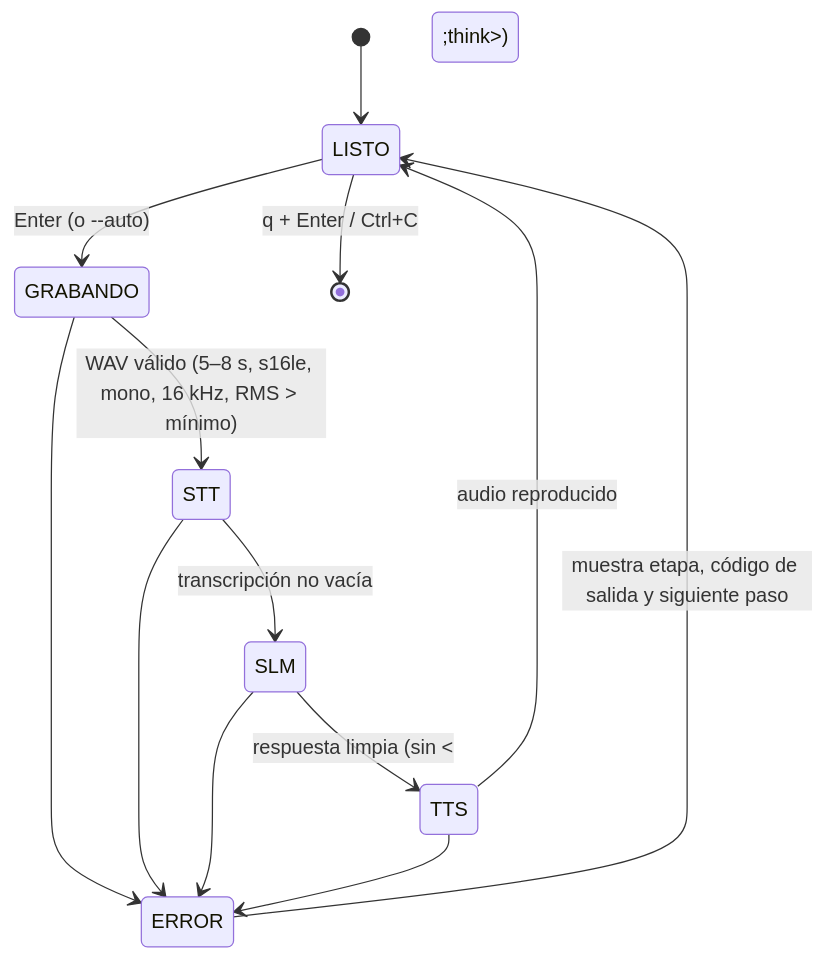
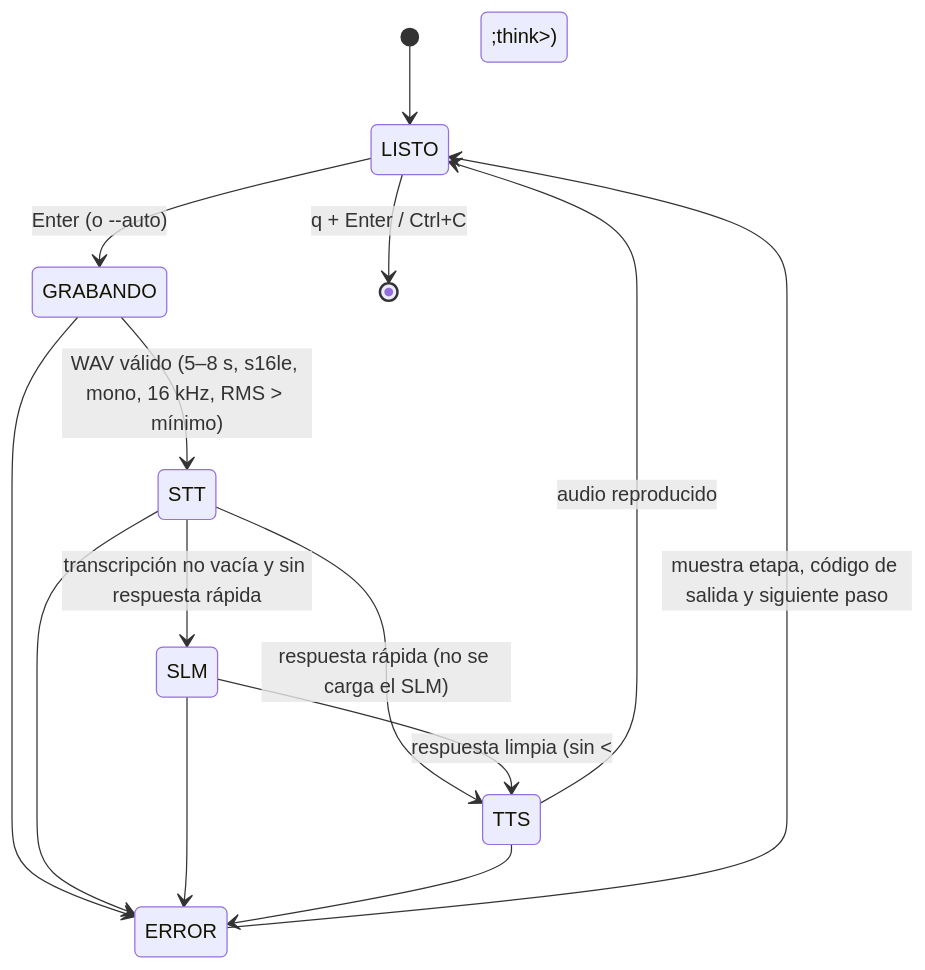
Before and after one commit to JaiderL/jarvis-son: the second of 2 diagrams in docs/ARQUITECTURA.md, drawn with Mermaid. The commit also changed other lines of this file and 3 other files, not shown here.

````diff
--- a/docs/ARQUITECTURA.md
+++ b/docs/ARQUITECTURA.md
@@ -27,15 +29,16 @@
 ```mermaid
 stateDiagram-v2
     [*] --> LISTO
     LISTO --> GRABANDO: Enter (o --auto)
     GRABANDO --> STT: WAV válido (5–8 s, s16le, mono, 16 kHz, RMS > mínimo)
-    STT --> SLM: transcripción no vacía
+    STT --> SLM: transcripción no vacía y sin respuesta rápida
+    STT --> TTS: respuesta rápida (no se carga el SLM)
     SLM --> TTS: respuesta limpia (sin &lt;think&gt;)
     TTS --> LISTO: audio reproducido
     GRABANDO --> ERROR
     STT --> ERROR
     SLM --> ERROR
     TTS --> ERROR
     ERROR --> LISTO: muestra etapa, código de salida y siguiente paso
     LISTO --> [*]: q + Enter / Ctrl+C
 ```
````
